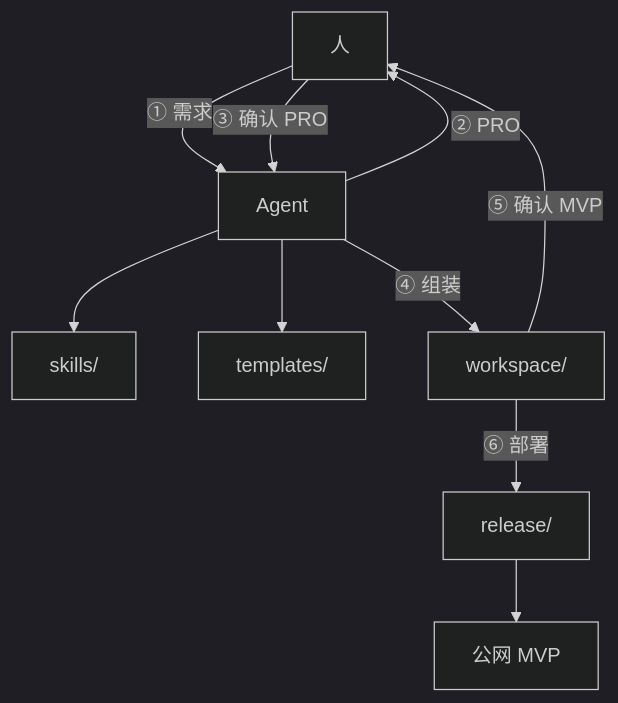
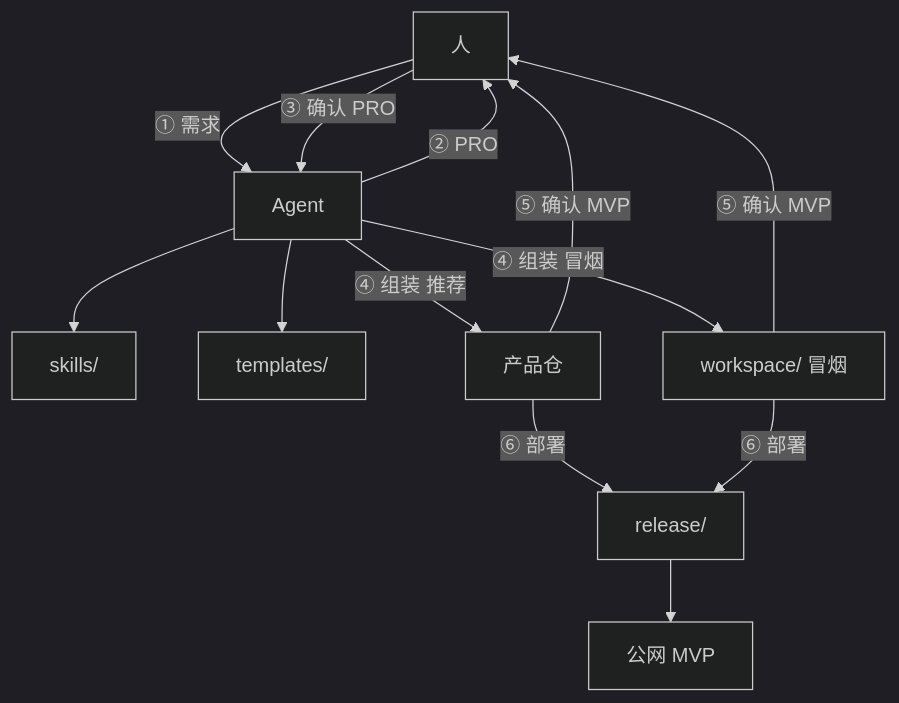
Before and after one commit to LJTian/maker-flow: the diagram in docs/architecture.zh-CN.md, drawn with Mermaid (dark theme). The commit also changed other lines of this file and 18 other files, not shown here.

Commit message:
Prefer product repos in assembly docs and add maker-flow deploy.

````diff
--- a/docs/architecture.zh-CN.md
+++ b/docs/architecture.zh-CN.md
@@ -14,19 +15,23 @@
 ```mermaid
 flowchart TB
     Human[人]
     Agent[Agent]
     Skills[skills/]
     Templates[templates/]
-    Workspace[workspace/]
+    Product[产品仓]
+    Workspace[workspace/ 冒烟]
     Release[release/]
 
     Human -->|① 需求| Agent
     Agent -->|② PRO| Human
     Human -->|③ 确认 PRO| Agent
     Agent --> Skills
     Agent --> Templates
-    Agent -->|④ 组装| Workspace
+    Agent -->|④ 组装 推荐| Product
+    Agent -->|④ 组装 冒烟| Workspace
+    Product -->|⑤ 确认 MVP| Human
     Workspace -->|⑤ 确认 MVP| Human
+    Product -->|⑥ 部署| Release
     Workspace -->|⑥ 部署| Release
     Release --> MVP[公网 MVP]
 ```
````
